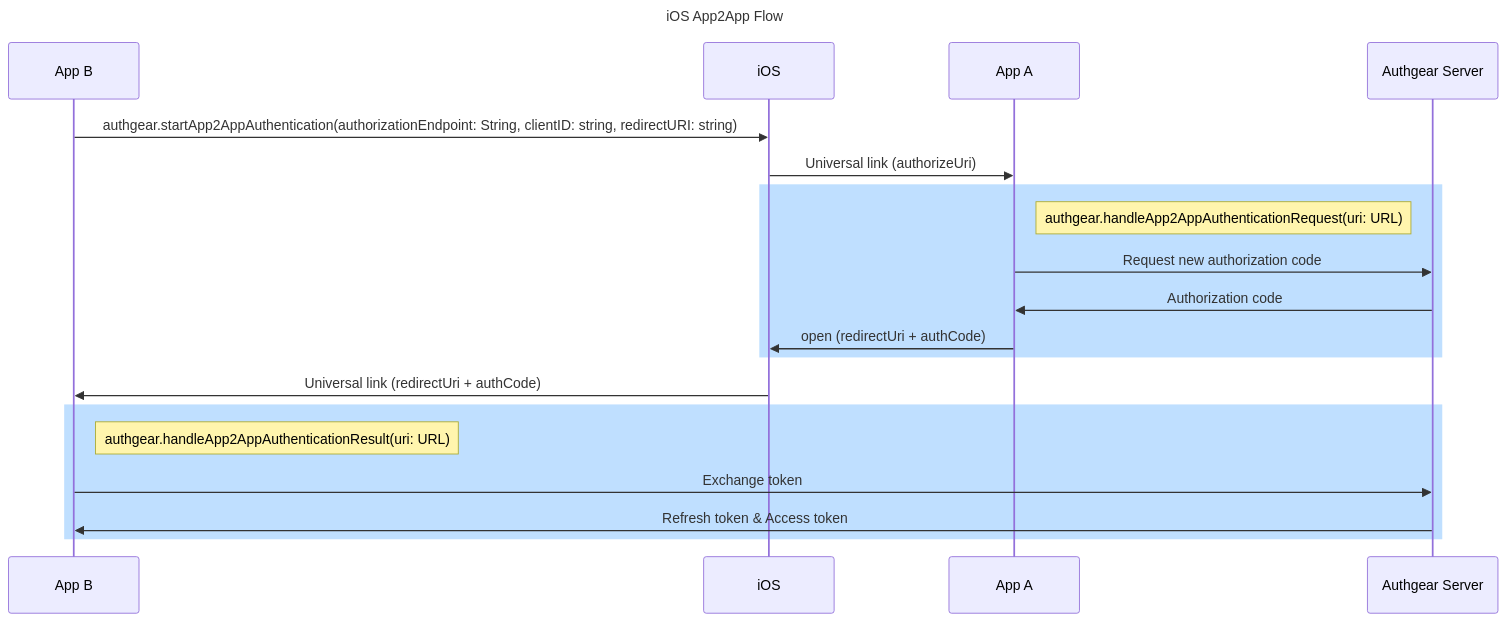
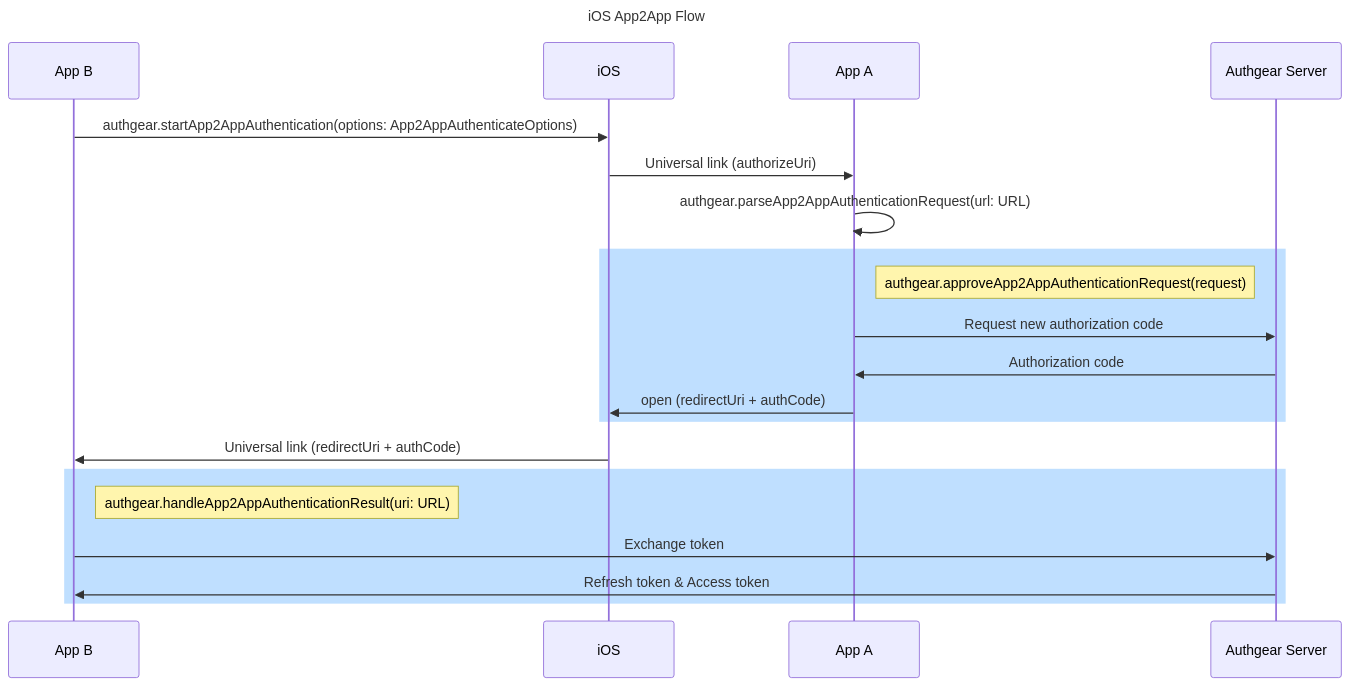
One commit to authgear/authgear-server changed the second of 2 diagrams in docs/specs/app2app.md. Above: the diagram before and after it, drawn with Mermaid. The commit also changed other lines of this file, not shown here.

Commit message:
Update app2app spec to match current implementation

````diff
--- a/docs/specs/app2app.md
+++ b/docs/specs/app2app.md
@@ -164,24 +172,25 @@
 ```mermaid
 sequenceDiagram
     Title iOS App2App Flow
     participant B as App B
     participant O as iOS
     participant A as App A
     participant S as Authgear Server
 
-    B ->> O: authgear.startApp2AppAuthentication(authorizationEndpoint: String, clientID: string, redirectURI: string)
+    B ->> O: authgear.startApp2AppAuthentication(options: App2AppAuthenticateOptions)
     O ->> A: Universal link (authorizeUri)
+    A ->> A: authgear.parseApp2AppAuthenticationRequest(url: URL)
     rect rgb(191, 223, 255)
-    note right of A: authgear.handleApp2AppAuthenticationRequest(uri: URL)
+    note right of A: authgear.approveApp2AppAuthenticationRequest(request)
     A ->> S: Request new authorization code
     S ->> A: Authorization code
     A ->> O: open (redirectUri + authCode)
     end
     O ->> B: Universal link (redirectUri + authCode)
 
     rect rgb(191, 223, 255)
     note right of B: authgear.handleApp2AppAuthenticationResult(uri: URL)
     B ->> S: Exchange token
     S ->> B: Refresh token & Access token
     end
 ```
````
